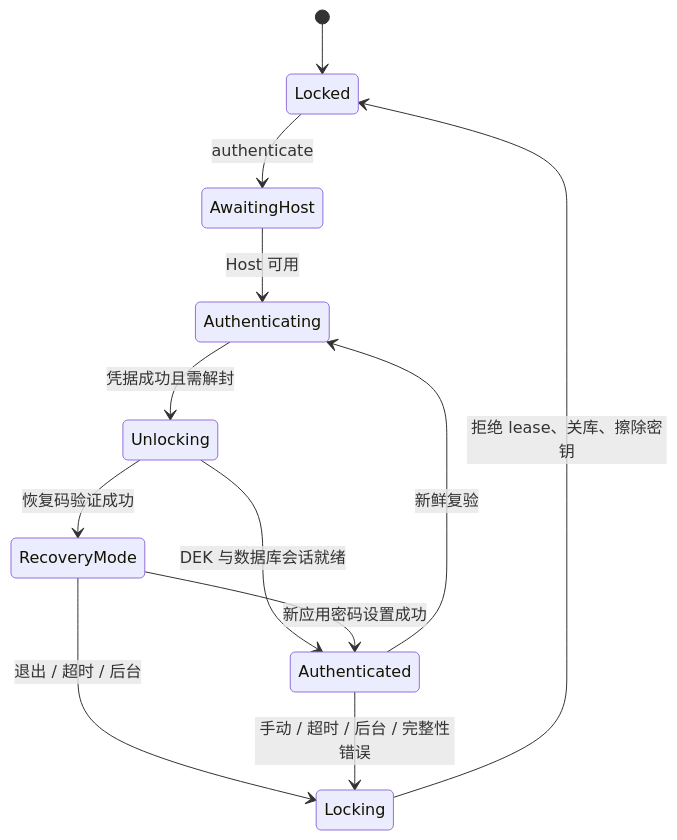
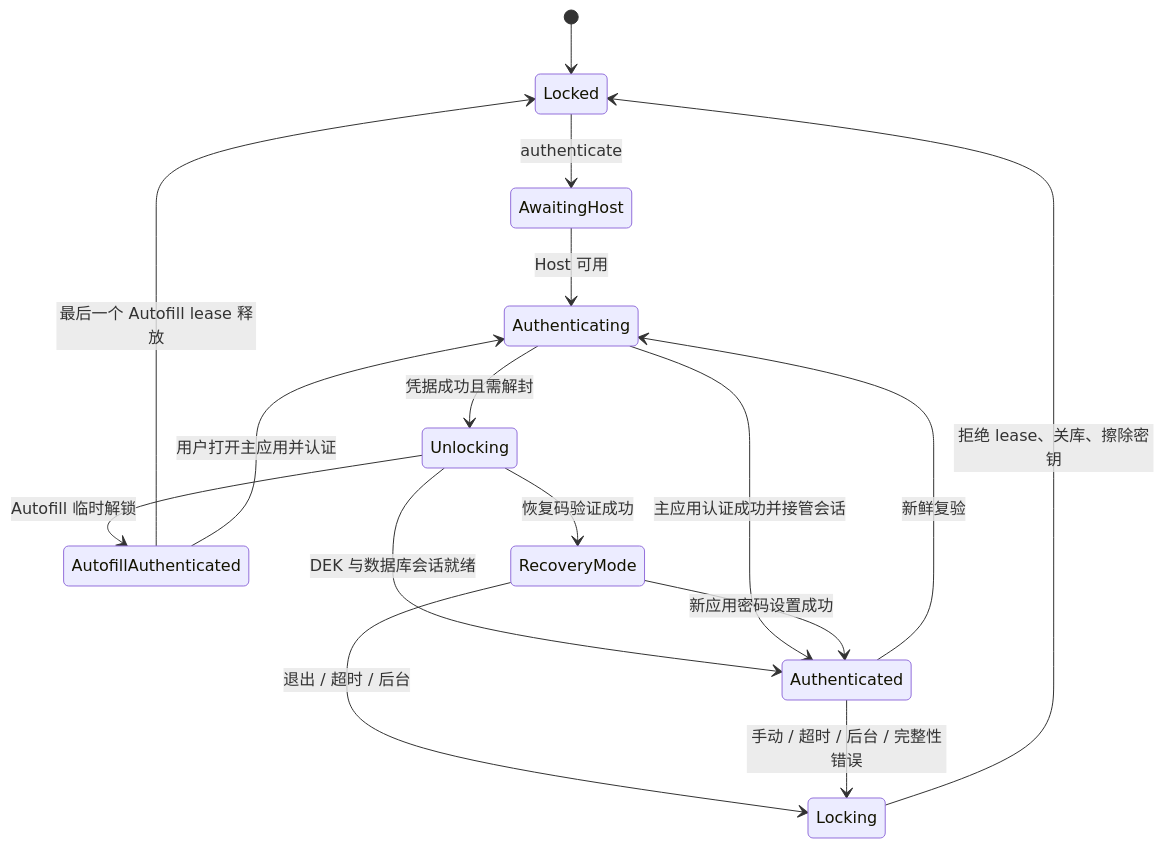
The first of 2 diagrams in docs/security/authentication.md (aozijx/Passly), drawn with Mermaid before and after one commit. The commit also changed other lines of this file and 30 other files, not shown here.

````diff
--- a/docs/security/authentication.md
+++ b/docs/security/authentication.md
@@ -10,14 +10,18 @@
 ```mermaid
 stateDiagram-v2
     [*] --> Locked
     Locked --> AwaitingHost: authenticate
     AwaitingHost --> Authenticating: Host 可用
     Authenticating --> Unlocking: 凭据成功且需解封
     Unlocking --> Authenticated: DEK 与数据库会话就绪
+    Unlocking --> AutofillAuthenticated: Autofill 临时解锁
+    AutofillAuthenticated --> Locked: 最后一个 Autofill lease 释放
+    AutofillAuthenticated --> Authenticating: 用户打开主应用并认证
+    Authenticating --> Authenticated: 主应用认证成功并接管会话
     Unlocking --> RecoveryMode: 恢复码验证成功
     RecoveryMode --> Authenticated: 新应用密码设置成功
     RecoveryMode --> Locking: 退出 / 超时 / 后台
     Authenticated --> Authenticating: 新鲜复验
     Authenticated --> Locking: 手动 / 超时 / 后台 / 完整性错误
     Locking --> Locked: 拒绝 lease、关库、擦除密钥
 ```
````
